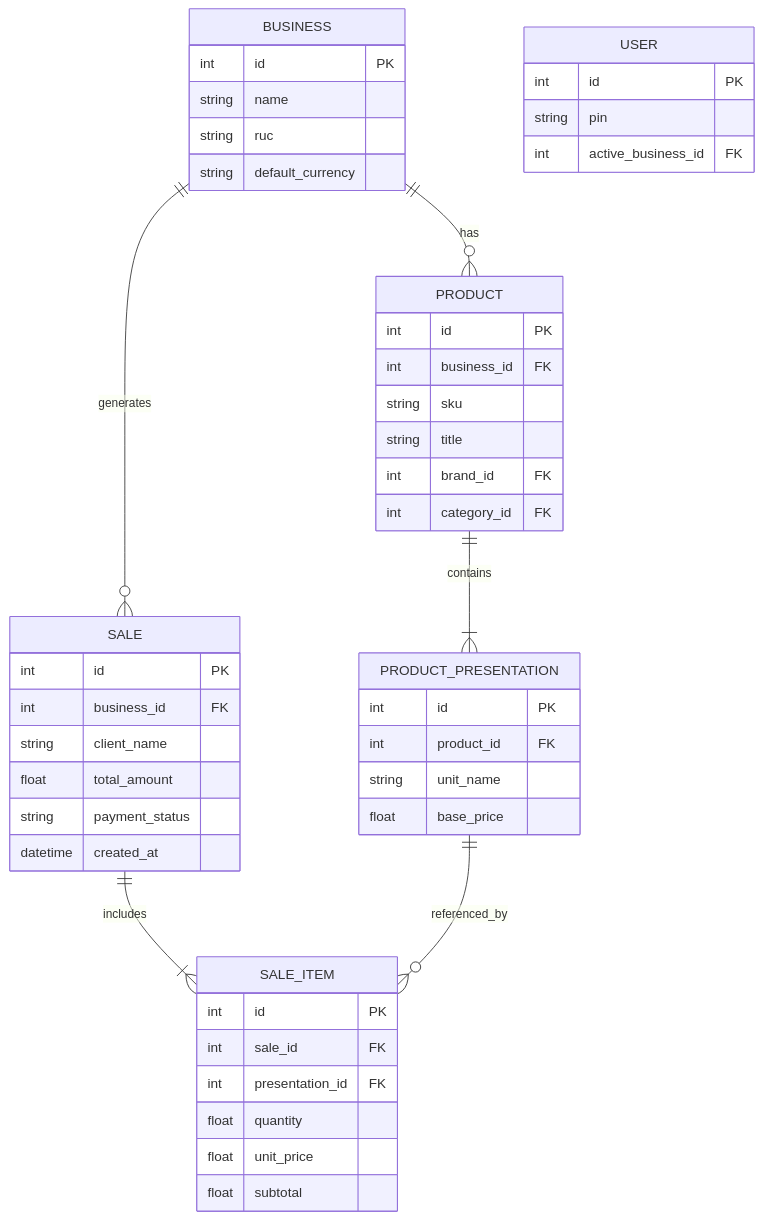
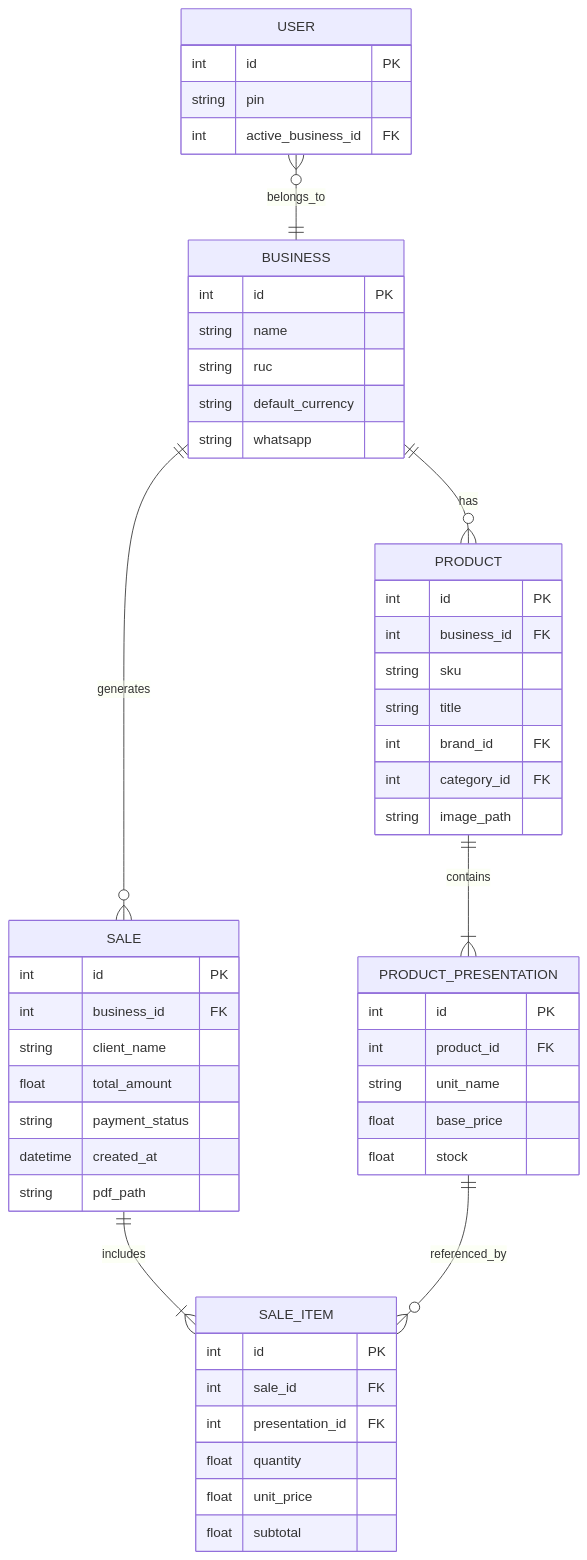
Before and after one commit to jader00321/mochilalista-app: the second of 4 diagrams in docs/ARCHITECTURE.md, drawn with Mermaid. The commit also changed other lines of this file and 349 other files, not shown here.

````diff
--- a/docs/ARCHITECTURE.md
+++ b/docs/ARCHITECTURE.md
@@ -21,50 +57,55 @@
 ```mermaid
 erDiagram
     BUSINESS {
         int id PK
         string name
         string ruc
         string default_currency
+        string whatsapp
     }
     USER {
         int id PK
         string pin
         int active_business_id FK
     }
     PRODUCT {
         int id PK
         int business_id FK
         string sku
         string title
         int brand_id FK
         int category_id FK
+        string image_path
     }
     PRODUCT_PRESENTATION {
         int id PK
         int product_id FK
         string unit_name
         float base_price
+        float stock
     }
     SALE {
         int id PK
         int business_id FK
         string client_name
         float total_amount
         string payment_status
         datetime created_at
+        string pdf_path
     }
     SALE_ITEM {
         int id PK
         int sale_id FK
         int presentation_id FK
         float quantity
         float unit_price
         float subtotal
     }
 
     BUSINESS ||--o{ PRODUCT : has
     PRODUCT ||--|{ PRODUCT_PRESENTATION : contains
     BUSINESS ||--o{ SALE : generates
     SALE ||--|{ SALE_ITEM : includes
     PRODUCT_PRESENTATION ||--o{ SALE_ITEM : referenced_by
+    USER }o--|| BUSINESS : belongs_to
 ```
````
